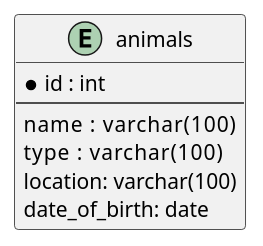
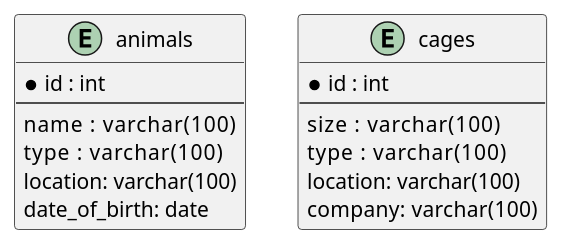
Before and after one commit to Jaafar91/UML-to-DB-to-API: the diagram in examples/example2/example2.plantuml, drawn with PlantUML. The commit also changed 3 other files, not shown here.

```diff
--- a/examples/example2/example2.plantuml
+++ b/examples/example2/example2.plantuml
@@ -1,10 +1,19 @@
 @startuml
 entity animals{
   *id : int
   --
   name :    varchar(100)
   type :    varchar(100)
   location: varchar(100)
   date_of_birth: date
 }
+
+entity cages{
+  *id : int
+  --
+  size :    varchar(100)
+  type :    varchar(100)
+  location: varchar(100)
+  company:  varchar(100)
+}
 @enduml
```
